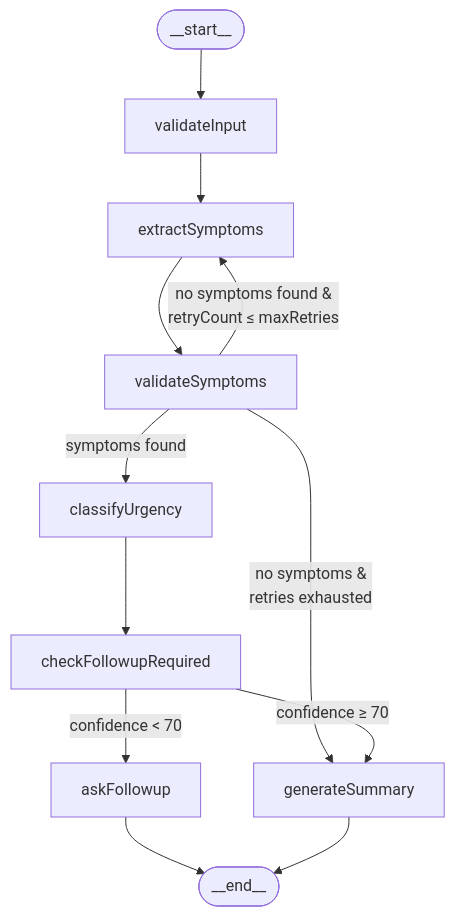
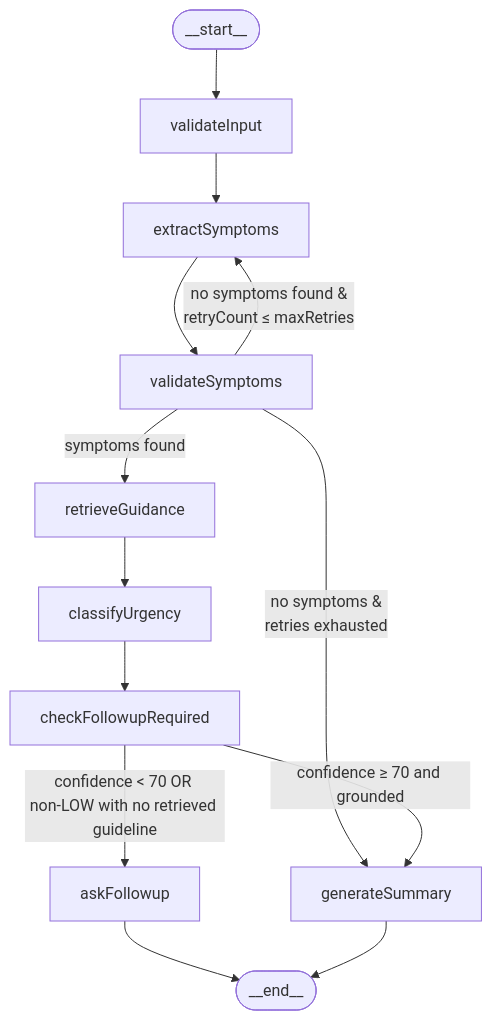
One commit to PrinceT078/AI_Project changed the diagram in medical-ai-assistant/README.md. Above: the diagram before and after it, drawn with Mermaid. The commit also changed other lines of this file and 13 other files, not shown here.

````diff
--- a/medical-ai-assistant/README.md
+++ b/medical-ai-assistant/README.md
@@ -133,20 +138,21 @@
 ```mermaid
 flowchart TD
     START(["__start__"]) --> validateInput
 
     validateInput --> extractSymptoms
 
     extractSymptoms --> validateSymptoms
 
-    validateSymptoms -->|"symptoms found"| classifyUrgency
+    validateSymptoms -->|"symptoms found"| retrieveGuidance
     validateSymptoms -->|"no symptoms found & <br/> retryCount ≤ maxRetries"| extractSymptoms
     validateSymptoms -->|"no symptoms & <br/> retries exhausted"| generateSummary
 
+    retrieveGuidance --> classifyUrgency
     classifyUrgency --> checkFollowupRequired
 
-    checkFollowupRequired -->|"confidence ≥ 70"| generateSummary
-    checkFollowupRequired -->|"confidence < 70"| askFollowup
+    checkFollowupRequired -->|"confidence ≥ 70 and grounded"| generateSummary
+    checkFollowupRequired -->|"confidence < 70 OR <br/>non-LOW with no retrieved guideline"| askFollowup
 
     askFollowup --> END(["__end__"])
     generateSummary --> END
 ```
````
